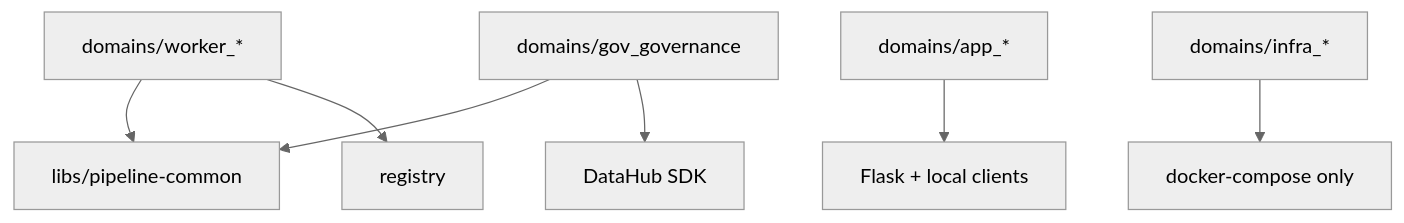
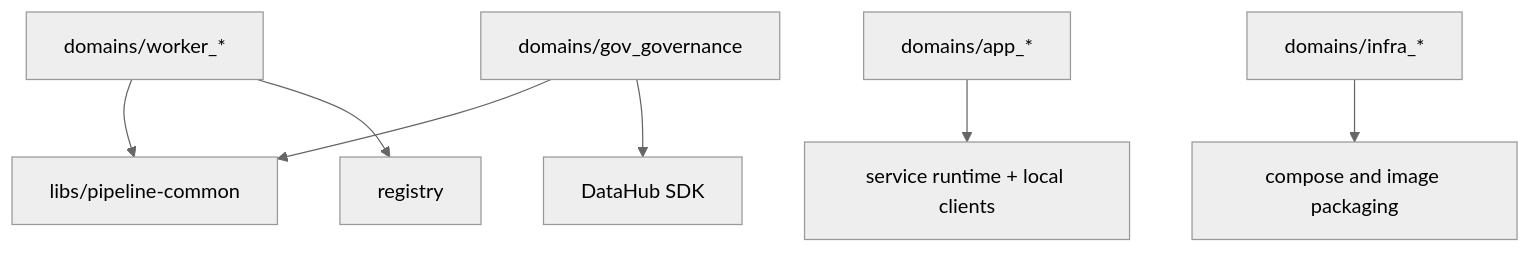
One commit to ElwesHonorato/governed-rag-foundation changed the first of 2 diagrams in domains/docs/ARCHITECTURE.md. Above: the diagram before and after it, drawn with Mermaid (neutral theme). The commit also changed other lines of this file and 7 other files, not shown here.

Commit message:
refactor: split app elasticsearch infra packaging

````diff
--- a/domains/docs/ARCHITECTURE.md
+++ b/domains/docs/ARCHITECTURE.md
@@ -81,12 +81,12 @@
 ```mermaid
 graph TD
     A[domains/worker_*] --> B[libs/pipeline-common]
     A --> C[registry]
 
-    D[domains/app_*] --> E[Flask + local clients]
+    D[domains/app_*] --> E[service runtime + local clients]
 
     F[domains/gov_governance] --> B
     F --> G[DataHub SDK]
 
-    H[domains/infra_*] --> I[docker-compose only]
+    H[domains/infra_*] --> I[compose and image packaging]
 ```
````
